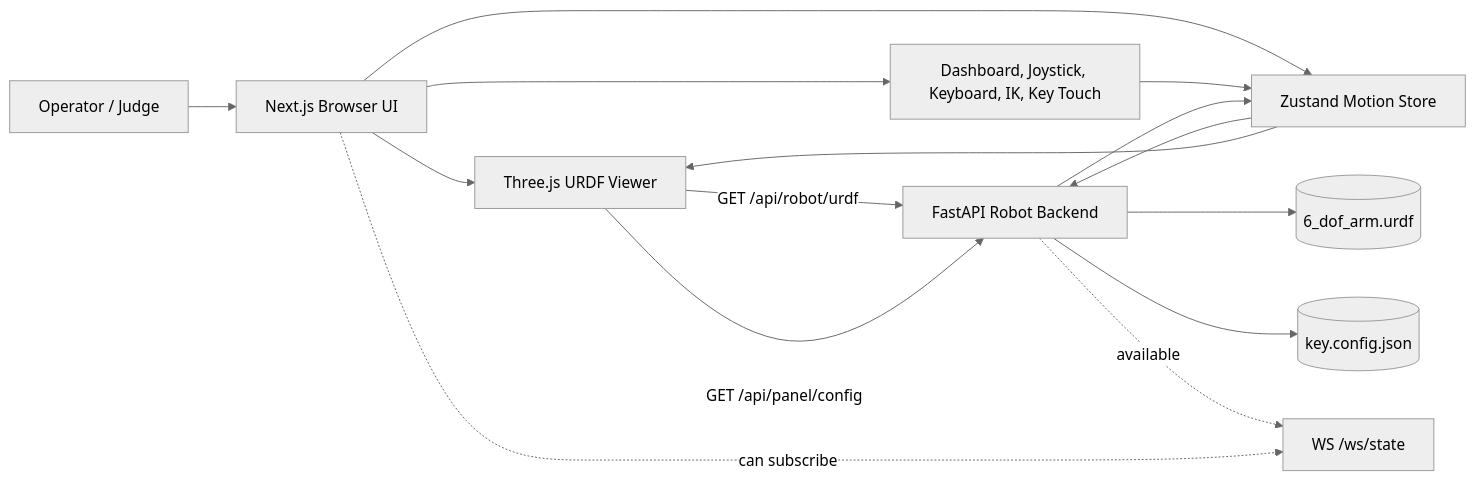
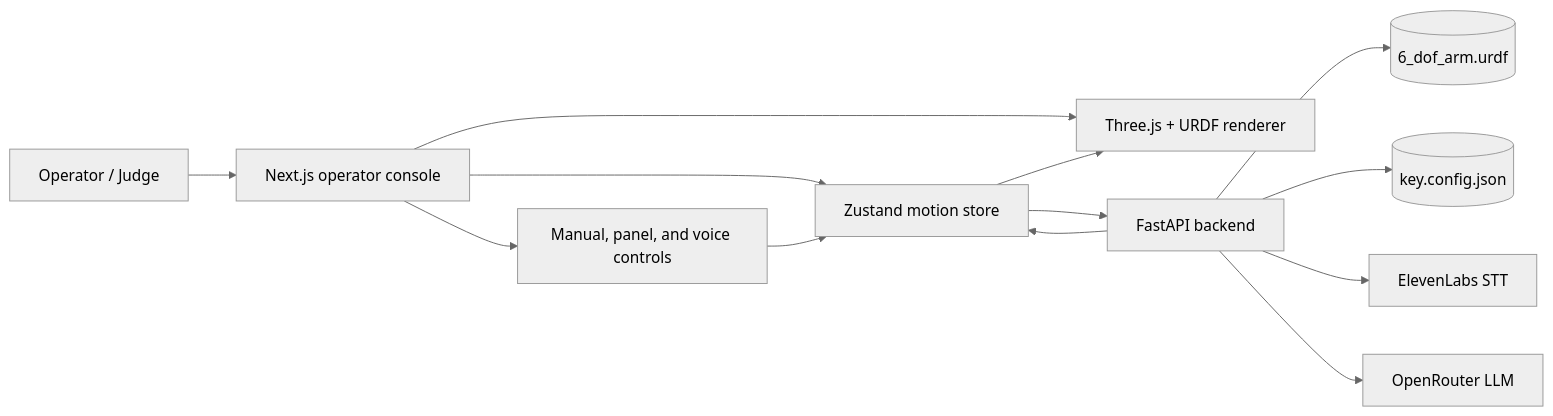
Before and after one commit to ShafayetSadi/iut-techathon-onsite: the first of 2 diagrams in docs/architecture.md, drawn with Mermaid (neutral theme). The commit also changed other lines of this file and 2 other files, not shown here.

Commit message:
docs: updated architecture and readme

````diff
--- a/docs/architecture.md
+++ b/docs/architecture.md
@@ -25,21 +36,18 @@
 ```mermaid
 flowchart LR
-    User[Operator / Judge] --> Browser[Next.js Browser UI]
+    User[Operator / Judge] --> Browser[Next.js operator console]
 
-    Browser --> Scene[Three.js URDF Viewer]
-    Browser --> Controls[Dashboard, Joystick, Keyboard, IK, Key Touch]
-    Browser --> MotionStore[Zustand Motion Store]
+    Browser --> Controls[Manual, panel, and voice controls]
+    Browser --> Store[Zustand motion store]
+    Browser --> Scene[Three.js + URDF renderer]
 
-    Controls --> MotionStore
-    MotionStore --> Backend[FastAPI Robot Backend]
-    Backend --> MotionStore
-    MotionStore --> Scene
+    Controls --> Store
+    Store --> Scene
+    Store --> Backend[FastAPI backend]
+    Backend --> Store
 
     Backend --> URDF[(6_dof_arm.urdf)]
-    Backend --> KeyConfig[(key.config.json)]
-    Scene -->|GET /api/robot/urdf| Backend
-    Scene -->|GET /api/panel/config| Backend
-
-    Backend -. available .-> StateWS[WS /ws/state]
-    Browser -. can subscribe .-> StateWS
+    Backend --> Keys[(key.config.json)]
+    Backend --> STT[ElevenLabs STT]
+    Backend --> LLM[OpenRouter LLM]
 ```
````
